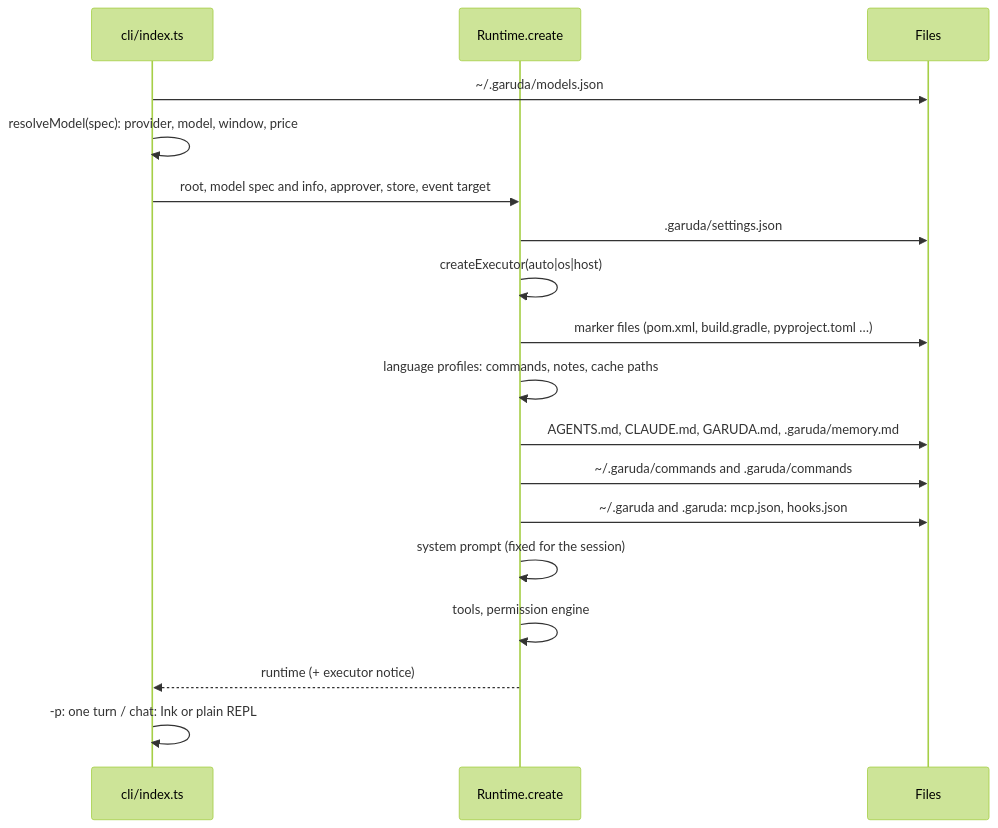
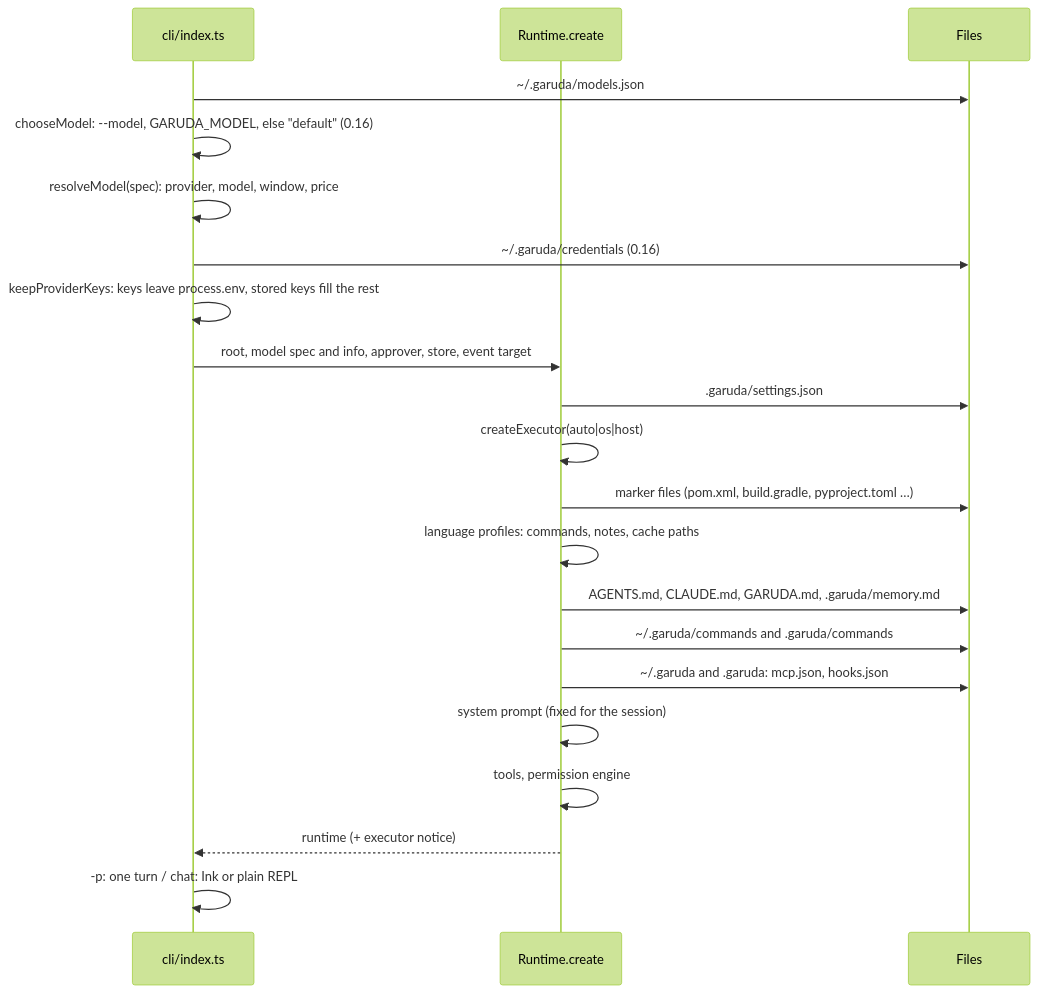
Before and after one commit to madhu-sv/garuda: the first of 10 diagrams in docs/hld.md, drawn with Mermaid (forest theme). The commit also changed other lines of this file and 32 other files, not shown here.

````diff
--- a/docs/hld.md
+++ b/docs/hld.md
@@ -25,20 +25,23 @@
 ```mermaid
 sequenceDiagram
   participant CLI as cli/index.ts
   participant RT as Runtime.create
   participant FS as Files
   CLI->>FS: ~/.garuda/models.json
+  CLI->>CLI: chooseModel: --model, GARUDA_MODEL, else "default" (0.16)
   CLI->>CLI: resolveModel(spec): provider, model, window, price
+  CLI->>FS: ~/.garuda/credentials (0.16)
+  CLI->>CLI: keepProviderKeys: keys leave process.env, stored keys fill the rest
   CLI->>RT: root, model spec and info, approver, store, event target
   RT->>FS: .garuda/settings.json
   RT->>RT: createExecutor(auto|os|host)
   RT->>FS: marker files (pom.xml, build.gradle, pyproject.toml …)
   RT->>RT: language profiles: commands, notes, cache paths
   RT->>FS: AGENTS.md, CLAUDE.md, GARUDA.md, .garuda/memory.md
   RT->>FS: ~/.garuda/commands and .garuda/commands
   RT->>FS: ~/.garuda and .garuda: mcp.json, hooks.json
   RT->>RT: system prompt (fixed for the session)
   RT->>RT: tools, permission engine
   RT-->>CLI: runtime (+ executor notice)
   CLI->>CLI: -p: one turn / chat: Ink or plain REPL
 ```
````
